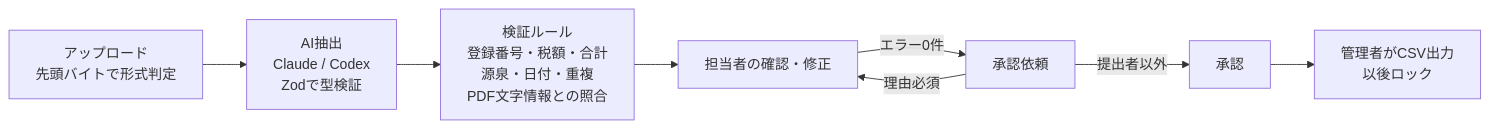
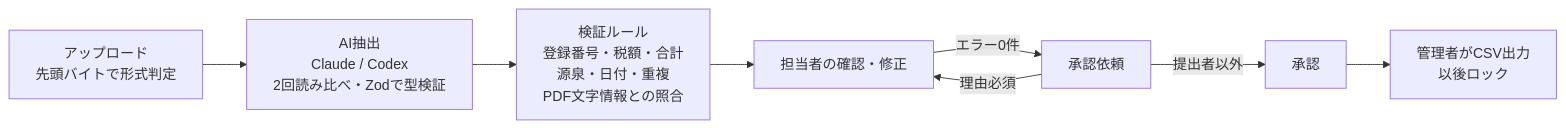
Before and after one commit to Ryou-Koshimizu/japanese-invoice-workflow: the diagram in README.md, drawn with Mermaid. The commit also changed other lines of this file and 23 other files, not shown here.

````diff
--- a/README.md
+++ b/README.md
@@ -63,10 +65,10 @@
 ```mermaid
 flowchart LR
-    U["アップロード<br/>先頭バイトで形式判定"] --> X["AI抽出<br/>Claude / Codex<br/>Zodで型検証"]
+    U["アップロード<br/>先頭バイトで形式判定"] --> X["AI抽出<br/>Claude / Codex<br/>2回読み比べ・Zodで型検証"]
     X --> R["検証ルール<br/>登録番号・税額・合計<br/>源泉・日付・重複<br/>PDF文字情報との照合"]
     R --> H["担当者の確認・修正"]
     H -->|エラー0件| S["承認依頼"]
     S -->|提出者以外| A["承認"]
     S -->|理由必須| H
     A --> E["管理者がCSV出力<br/>以後ロック"]
 ```
````
